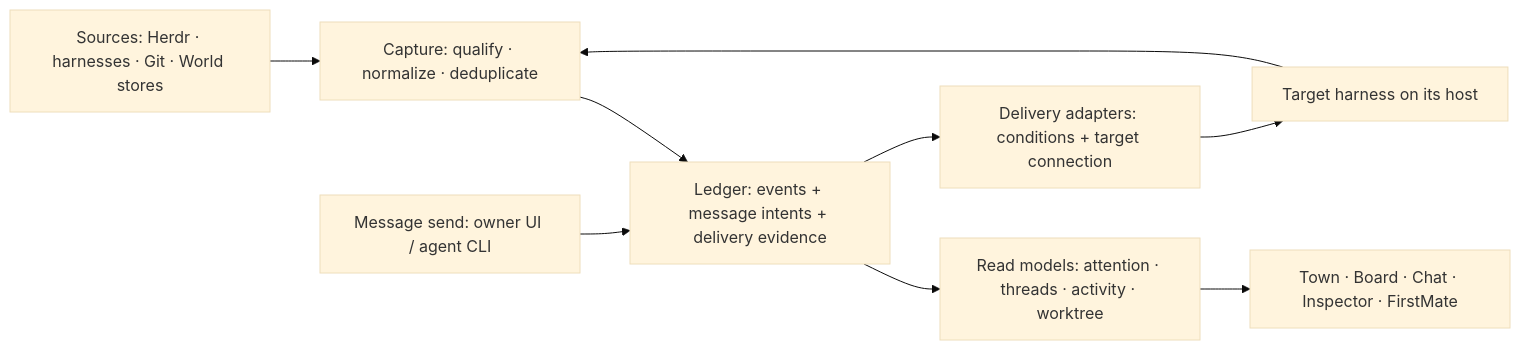
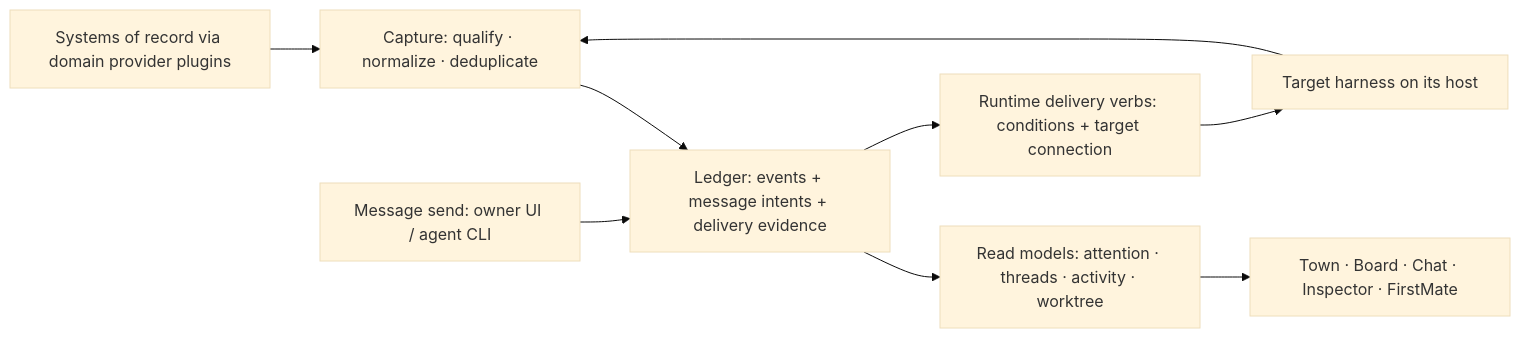
Before and after one commit to IvoryHeart/herdr-world: the diagram in openspec/changes/event-stream-message-log/design.md, drawn with Mermaid (base theme). The commit also changed other lines of this file and 4 other files, not shown here.

Commit message:
docs: define domain provider contracts and scoped authority

````diff
--- a/openspec/changes/event-stream-message-log/design.md
+++ b/openspec/changes/event-stream-message-log/design.md
@@ -31,11 +105,11 @@
 ```mermaid
 flowchart LR
-    S["Sources: Herdr · harnesses · Git · World stores"] --> C["Capture: qualify · normalize · deduplicate"]
+    S["Systems of record via domain provider plugins"] --> C["Capture: qualify · normalize · deduplicate"]
     C --> L["Ledger: events + message intents + delivery evidence"]
     L --> R["Read models: attention · threads · activity · worktree"]
     R --> V["Town · Board · Chat · Inspector · FirstMate"]
     M["Message send: owner UI / agent CLI"] --> L
-    L --> D["Delivery adapters: conditions + target connection"]
+    L --> D["Runtime delivery verbs: conditions + target connection"]
     D --> H["Target harness on its host"]
     H --> C
 ```
````
